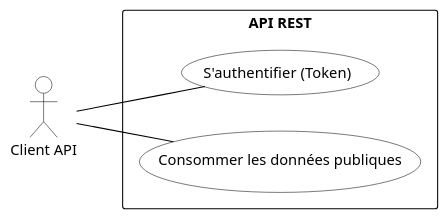
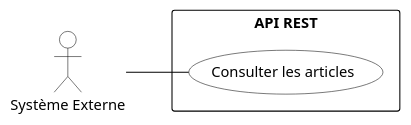
One commit to labs-web/projet-technique changed the diagram in docs/2.analyse/global/usecase-api.puml. Above: the diagram before and after it, drawn with PlantUML. The commit also changed 3 other files, not shown here.

```diff
--- a/docs/2.analyse/global/usecase-api.puml
+++ b/docs/2.analyse/global/usecase-api.puml
@@ -1,29 +1,22 @@
 @startuml
 left to right direction
 skinparam packageStyle rectangle
 
 ' Schéma de couleurs : noir sur blanc uniquement
 skinparam actorBackgroundColor white
 skinparam actorBorderColor black
 skinparam usecaseBackgroundColor white
 skinparam usecaseBorderColor black
 skinparam packageBackgroundColor white
 skinparam packageBorderColor black
 skinparam arrowColor black
 
-actor "Client API" as ApiClient
+actor "Système Externe" as System
 
 rectangle "API REST" {
-  usecase "S'authentifier (Token)" as UC_Get_Token
-  usecase "Consommer les données publiques" as UC_Get_Public_Data
-  
-  ' Note: Les actions d'écriture API (Créer/Modifier article via API) 
-  ' ne sont pas explicitement détaillées dans l'analyse globale pour l'instant
-  ' mais sont implicites si l'API est complète.
-  ' On reste sur ce qui est explicite dans fonctionnalite-global.md
+  usecase "Consulter les articles" as UC_API_Articles
 }
 
-ApiClient -- UC_Get_Token
-ApiClient -- UC_Get_Public_Data
+System -- UC_API_Articles
 
 @enduml
```
